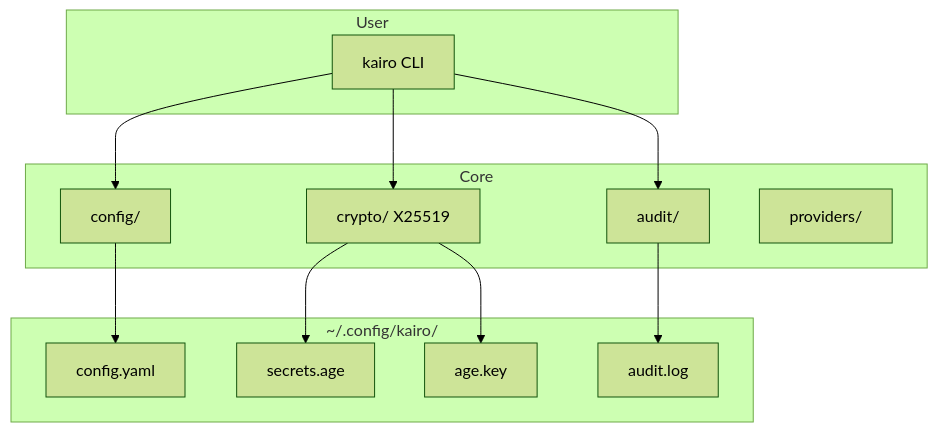
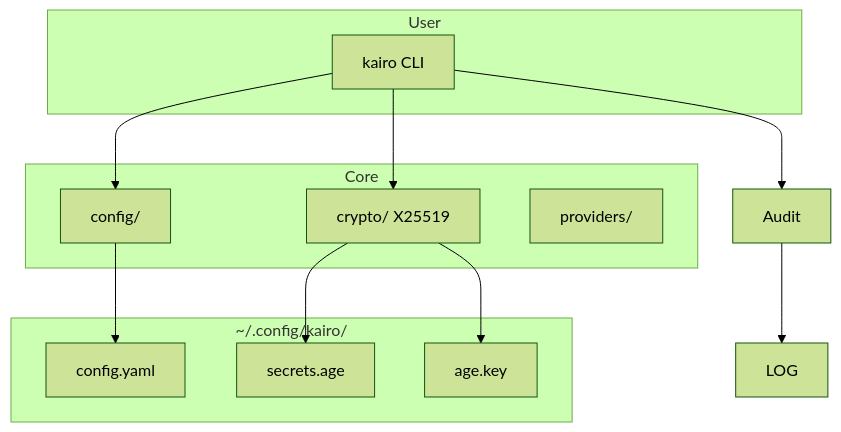
The diagram in README.md (dkmnx/kairo), drawn with Mermaid (forest theme) before and after one commit. The commit also changed 1 other file, not shown here.

Commit message:
docs: remove audit component references from architecture diagrams
The audit logging feature was removed. Updated diagrams in:
- README.md
- docs/architecture/README.md

````diff
--- a/README.md
+++ b/README.md
@@ -63,28 +63,26 @@
 ```mermaid
 flowchart TB
     subgraph User
         CLI[kairo CLI]
     end
 
     subgraph Core
         Config[config/]
         Crypto[crypto/ X25519]
-        Audit[audit/]
         Providers[providers/]
     end
 
     subgraph Storage[~/.config/kairo/]
         YAML[config.yaml]
         AGE[secrets.age]
         KEY[age.key]
-        LOG[audit.log]
     end
 
     CLI --> Config
     CLI --> Crypto
     CLI --> Audit
     Config --> YAML
     Crypto --> AGE
     Crypto --> KEY
     Audit --> LOG
 ```
````
